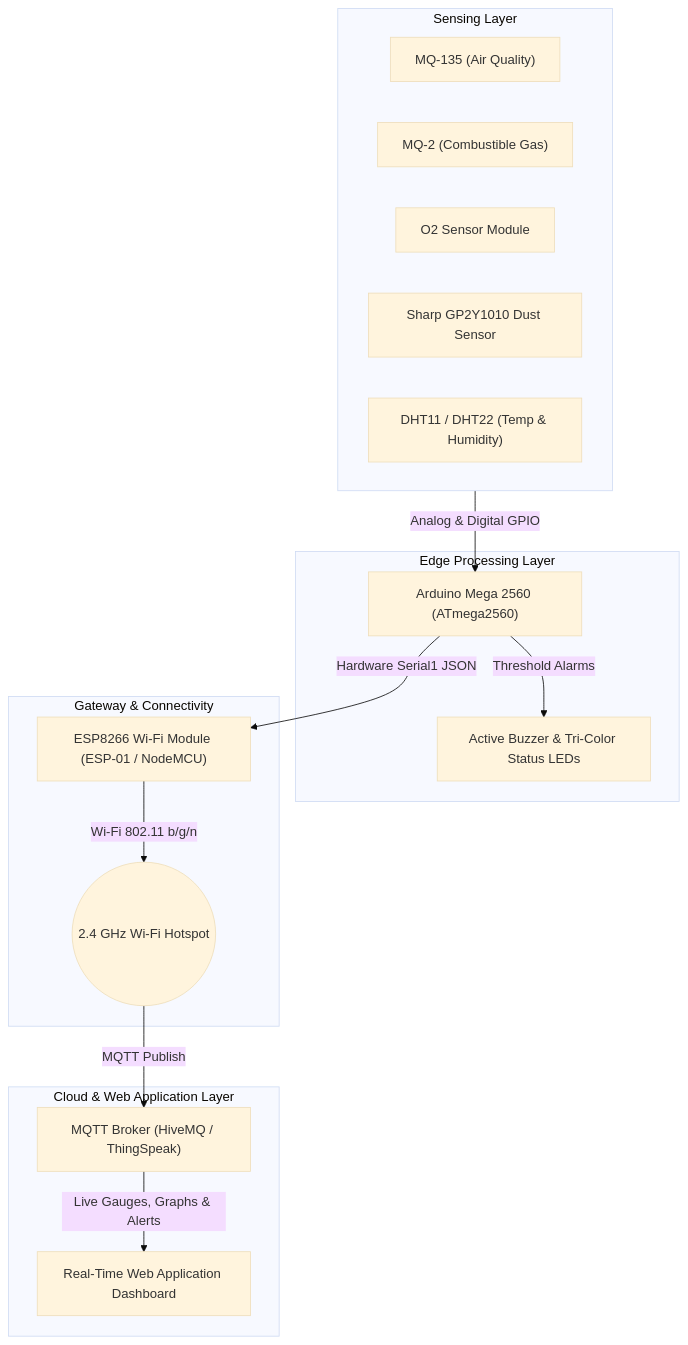
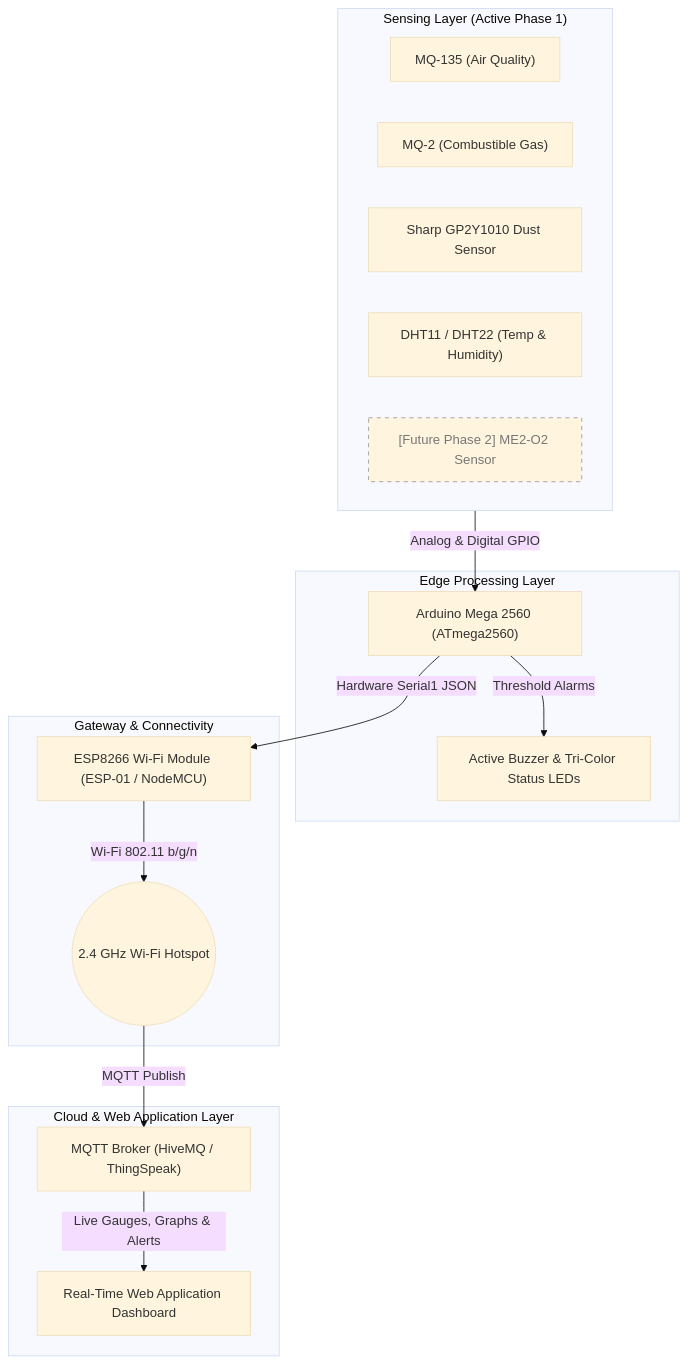
One commit to fahadrahman444/AirGuard-IOT changed the diagram in README.md. Above: the diagram before and after it, drawn with Mermaid (base theme). The commit also changed other lines of this file and 8 other files, not shown here.

Commit message:
docs: defer O2 sensor to future phase and update proposal, pinout, and firmware

````diff
--- a/README.md
+++ b/README.md
@@ -57,32 +57,34 @@
 ```mermaid
 flowchart TD
-    subgraph Sensing_Layer["Sensing Layer"]
+    subgraph Sensing_Layer["Sensing Layer (Active Phase 1)"]
         MQ135["MQ-135 (Air Quality)"]
         MQ2["MQ-2 (Combustible Gas)"]
-        O2["O2 Sensor Module"]
         DUST["Sharp GP2Y1010 Dust Sensor"]
         DHT["DHT11 / DHT22 (Temp & Humidity)"]
+        O2["[Future Phase 2] ME2-O2 Sensor"]:::future
     end
+
+    classDef future stroke-dasharray: 5 5,stroke:#999,color:#777;
 
     subgraph Edge_Processing["Edge Processing Layer"]
         MEGA["Arduino Mega 2560 (ATmega2560)"]
         ALARM["Active Buzzer & Tri-Color Status LEDs"]
     end
 
     subgraph Gateway_Layer["Gateway & Connectivity"]
         ESP["ESP8266 Wi-Fi Module (ESP-01 / NodeMCU)"]
         WIFI(("2.4 GHz Wi-Fi Hotspot"))
     end
 
     subgraph Web_Layer["Cloud & Web Application Layer"]
         BROKER["MQTT Broker (HiveMQ / ThingSpeak)"]
         WEB["Real-Time Web Application Dashboard"]
     end
 
     Sensing_Layer -->|Analog & Digital GPIO| MEGA
     MEGA -->|Threshold Alarms| ALARM
     MEGA -->|Hardware Serial1 JSON| ESP
     ESP -->|Wi-Fi 802.11 b/g/n| WIFI
     WIFI -->|MQTT Publish| BROKER
     BROKER -->|Live Gauges, Graphs & Alerts| WEB
 ```
````
